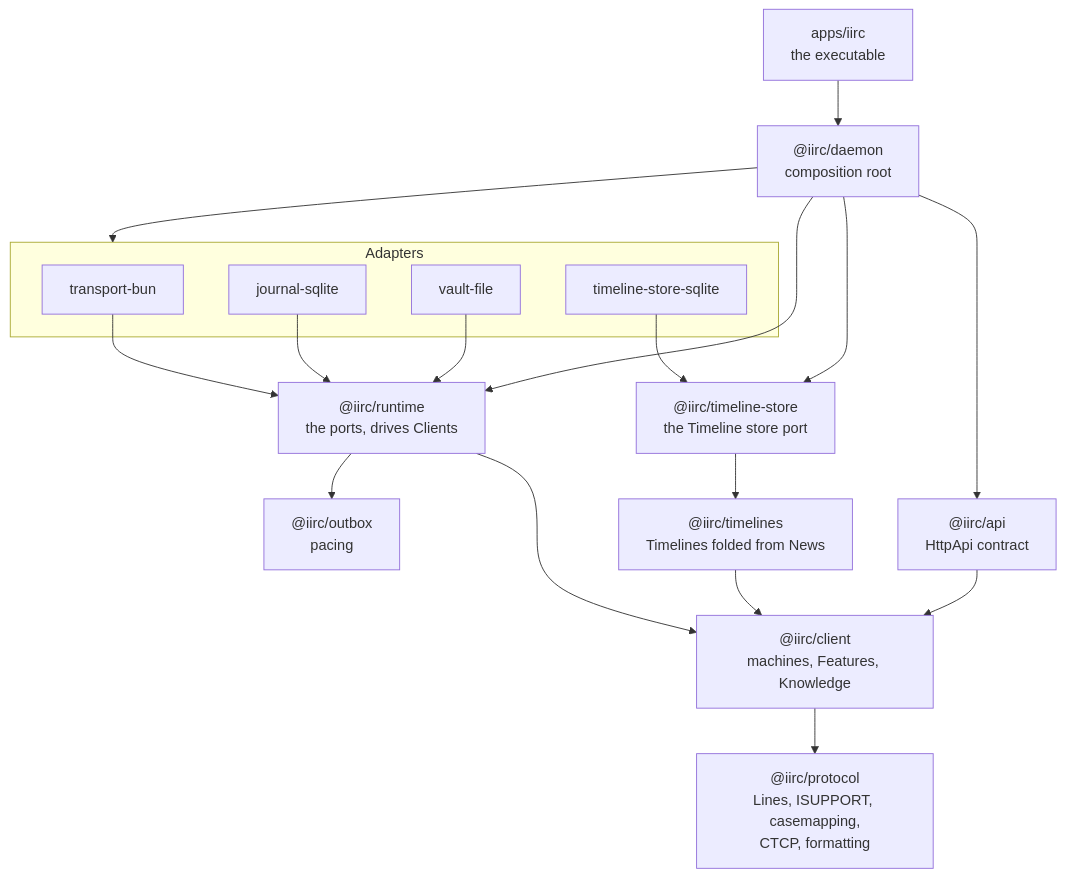
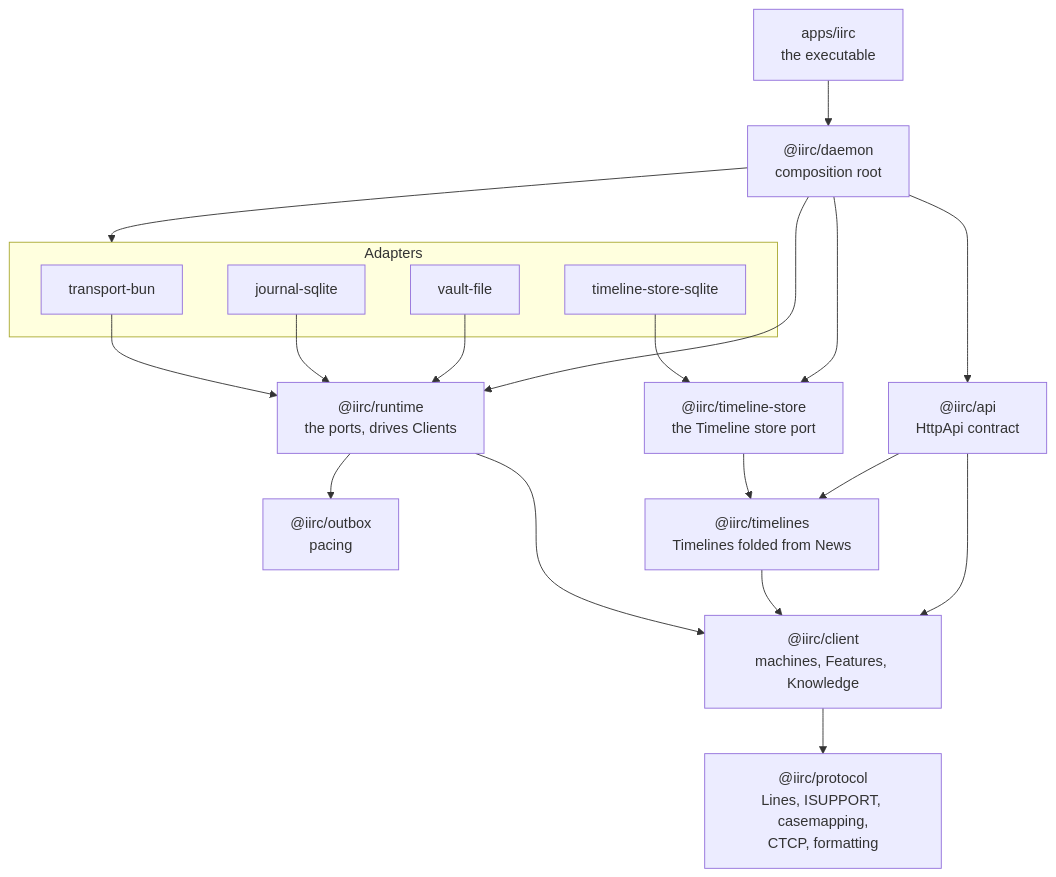
One commit to deankerr/iirc changed the second of 5 diagrams in docs/architecture.md. Above: the diagram before and after it, drawn with Mermaid. The commit also changed other lines of this file and 27 other files, not shown here.

First line of the commit message:
Serve Timelines on the API

````diff
--- a/docs/architecture.md
+++ b/docs/architecture.md
@@ -63,29 +64,29 @@
 ```mermaid
 flowchart TB
   protocol["@iirc/protocol<br/>Lines, ISUPPORT, casemapping,<br/>CTCP, formatting"]
   client["@iirc/client<br/>machines, Features, Knowledge"]
   outbox["@iirc/outbox<br/>pacing"]
   timelines["@iirc/timelines<br/>Timelines folded from News"]
   store["@iirc/timeline-store<br/>the Timeline store port"]
   runtime["@iirc/runtime<br/>the ports, drives Clients"]
   api["@iirc/api<br/>HttpApi contract"]
   daemon["@iirc/daemon<br/>composition root"]
   app["apps/iirc<br/>the executable"]
 
   subgraph adapters["Adapters"]
     tbun["transport-bun"]
     jsql["journal-sqlite"]
     vfile["vault-file"]
     tsql["timeline-store-sqlite"]
   end
 
   client --> protocol
   runtime --> client & outbox
   timelines --> client
   store --> timelines
   tbun & jsql & vfile --> runtime
   tsql --> store
-  api --> client
+  api --> client & timelines
   daemon --> api & runtime & store & adapters
   app --> daemon
 ```
````
